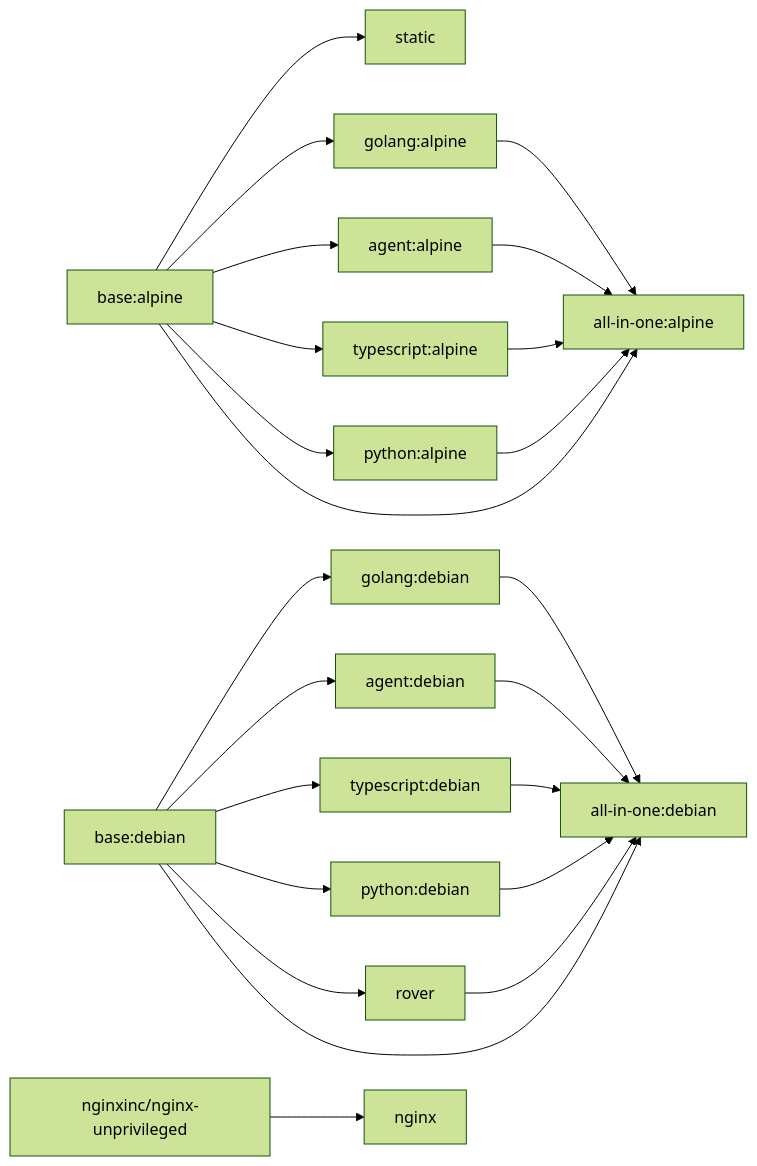
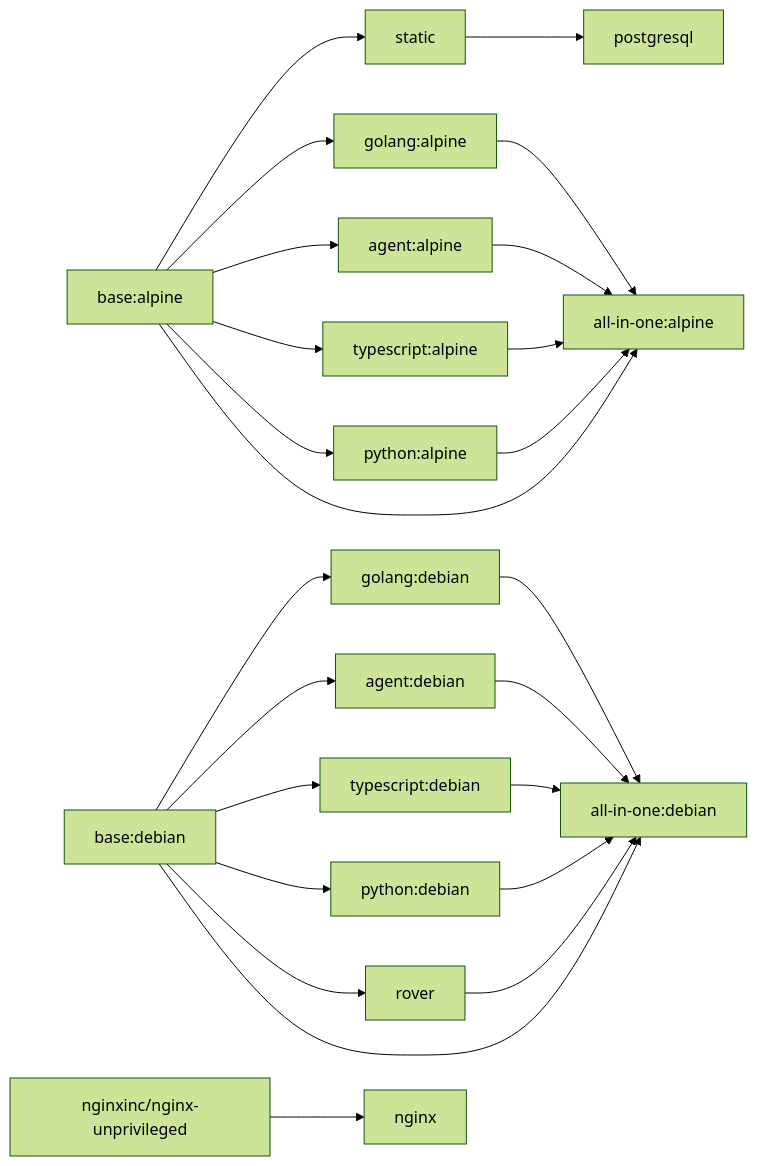
The diagram in README.md (pyck-ai/baseimages), drawn with Mermaid (forest theme) before and after one commit. The commit also changed other lines of this file and 7 other files, not shown here.

````diff
--- a/README.md
+++ b/README.md
@@ -125,33 +126,34 @@
 ```mermaid
 graph LR
   base-alpine["base:alpine"]
   base-debian["base:debian"]
   nginx-base["nginxinc/nginx-unprivileged"]
 
   base-alpine --> static
   base-alpine --> golang-alpine["golang:alpine"]
   base-alpine --> agent-alpine["agent:alpine"]
   base-alpine --> typescript-alpine["typescript:alpine"]
   base-alpine --> python-alpine["python:alpine"]
 
   base-debian --> golang-debian["golang:debian"]
   base-debian --> agent-debian["agent:debian"]
   base-debian --> typescript-debian["typescript:debian"]
   base-debian --> python-debian["python:debian"]
   base-debian --> rover
 
   base-alpine --> aio-alpine["all-in-one:alpine"]
   golang-alpine --> aio-alpine
   agent-alpine --> aio-alpine
   typescript-alpine --> aio-alpine
   python-alpine --> aio-alpine
 
   base-debian --> aio-debian["all-in-one:debian"]
   golang-debian --> aio-debian
   agent-debian --> aio-debian
   typescript-debian --> aio-debian
   rover --> aio-debian
   python-debian --> aio-debian
 
   nginx-base --> nginx
+  static --> postgresql
 ```
````
